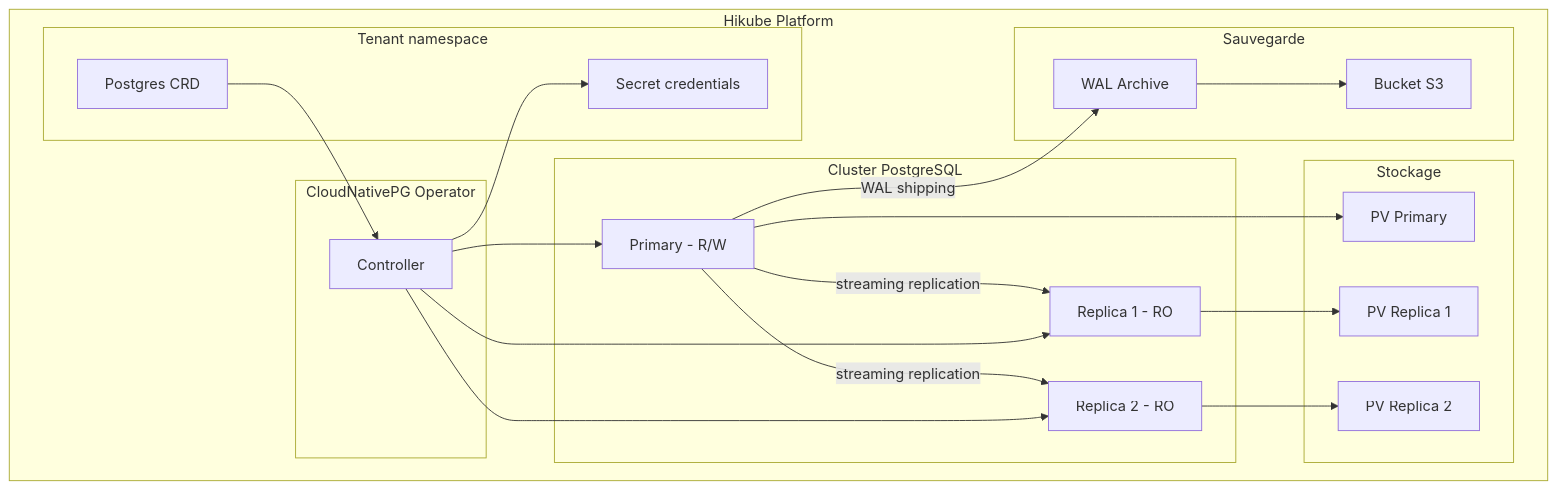
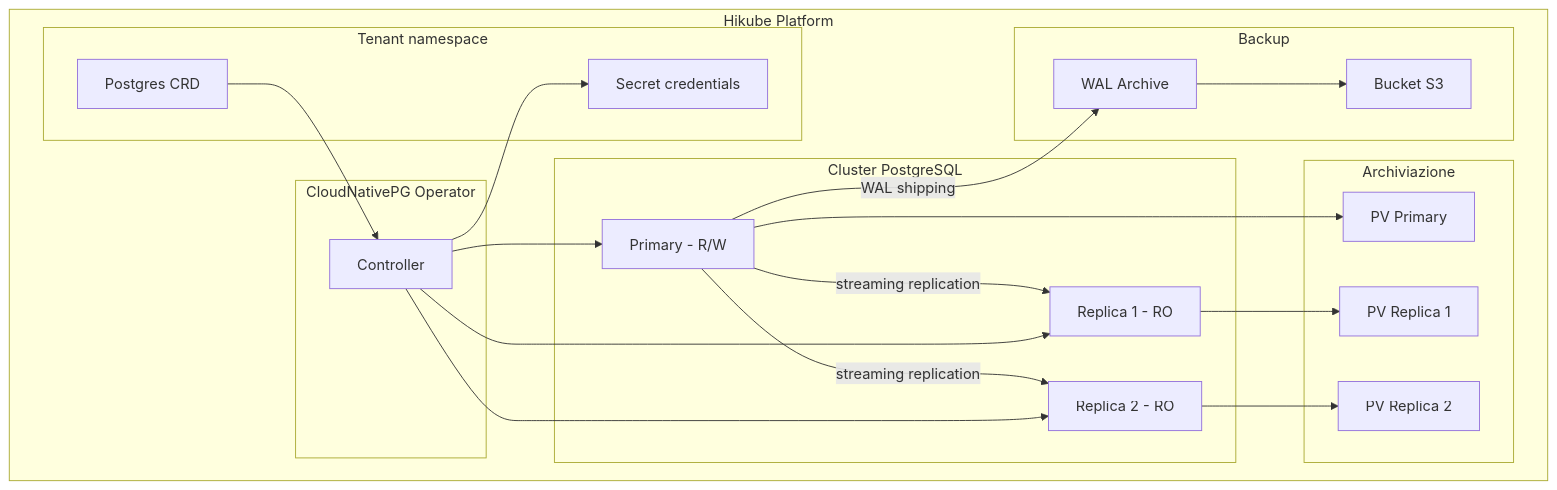
One commit to HidoraSwiss/hikube-public-doc changed the first of 2 diagrams in i18n/it/docusaurus-plugin-content-docs/current/services/databases/postgresql/concepts.md. Above: the diagram before and after it, drawn with Mermaid. The commit also changed other lines of this file and 121 other files, not shown here.

````diff
--- a/i18n/it/docusaurus-plugin-content-docs/current/services/databases/postgresql/concepts.md
+++ b/i18n/it/docusaurus-plugin-content-docs/current/services/databases/postgresql/concepts.md
@@ -12,43 +12,43 @@
 ```mermaid
 graph TB
     subgraph "Hikube Platform"
         subgraph "Tenant namespace"
             CR[Postgres CRD]
             SEC[Secret credentials]
         end
 
         subgraph "CloudNativePG Operator"
             OP[Controller]
         end
 
         subgraph "Cluster PostgreSQL"
             P[Primary - R/W]
             R1[Replica 1 - RO]
             R2[Replica 2 - RO]
         end
 
-        subgraph "Stockage"
+        subgraph "Archiviazione"
             PV1[PV Primary]
             PV2[PV Replica 1]
             PV3[PV Replica 2]
         end
 
-        subgraph "Sauvegarde"
+        subgraph "Backup"
             S3[Bucket S3]
             WAL[WAL Archive]
         end
     end
 
     CR --> OP
     OP --> P
     OP --> R1
     OP --> R2
     P -->|streaming replication| R1
     P -->|streaming replication| R2
     P --> PV1
     R1 --> PV2
     R2 --> PV3
     P -->|WAL shipping| WAL
     WAL --> S3
     OP --> SEC
 ```
````
